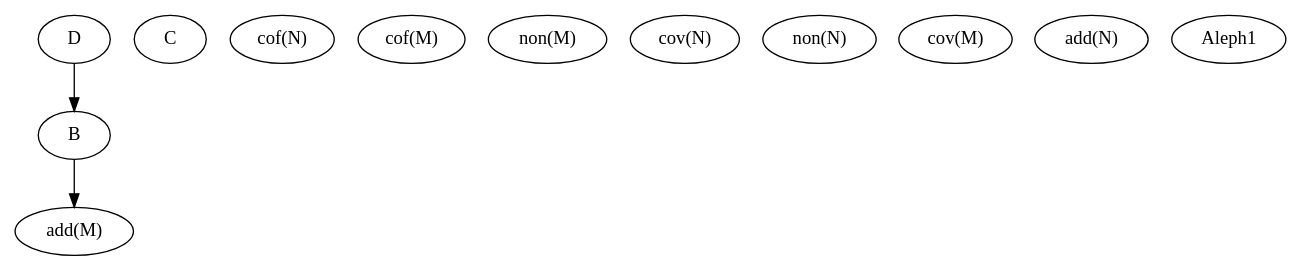
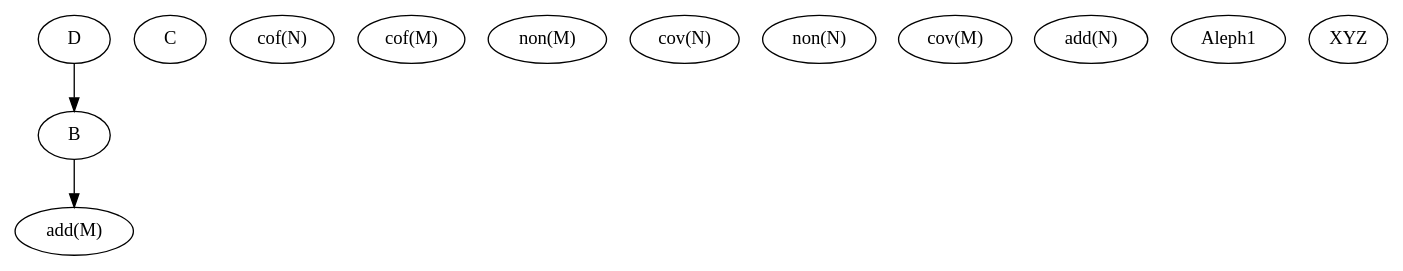
The diagram in CCview/output/relations.dot (calliope1/CCview), drawn with Graphviz before and after one commit. The commit also changed 3 other files, not shown here.

```diff
--- a/CCview/output/relations.dot
+++ b/CCview/output/relations.dot
@@ -1,16 +1,17 @@
 digraph G {
 0 [label="B"];
 1 [label="D"];
 2 [label="C"];
 3 [label="cof(N)"];
 4 [label="cof(M)"];
 5 [label="non(M)"];
 6 [label="cov(N)"];
 7 [label="non(N)"];
 8 [label="cov(M)"];
 9 [label="add(M)"];
 10 [label="add(N)"];
 11 [label="Aleph1"];
+12 [label="XYZ"];
 0 -> 9;
 1 -> 0;
 }
```
